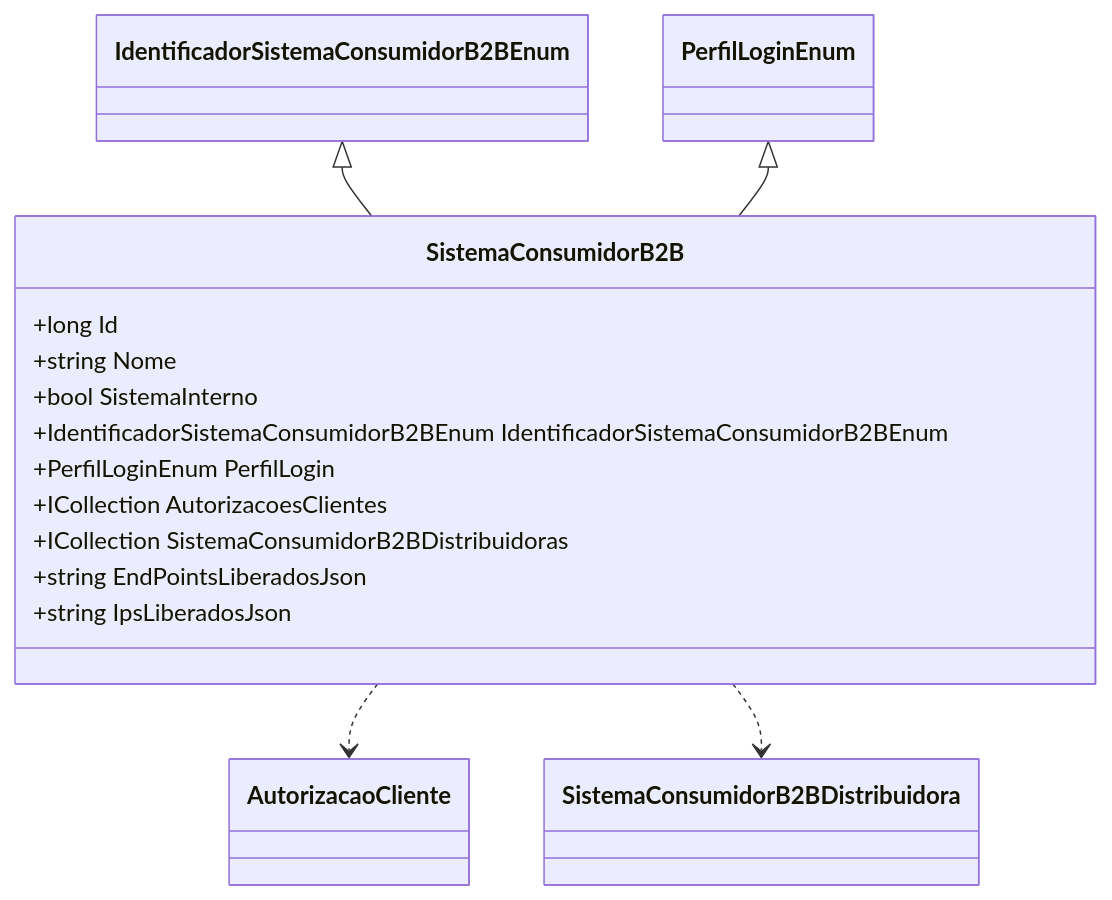
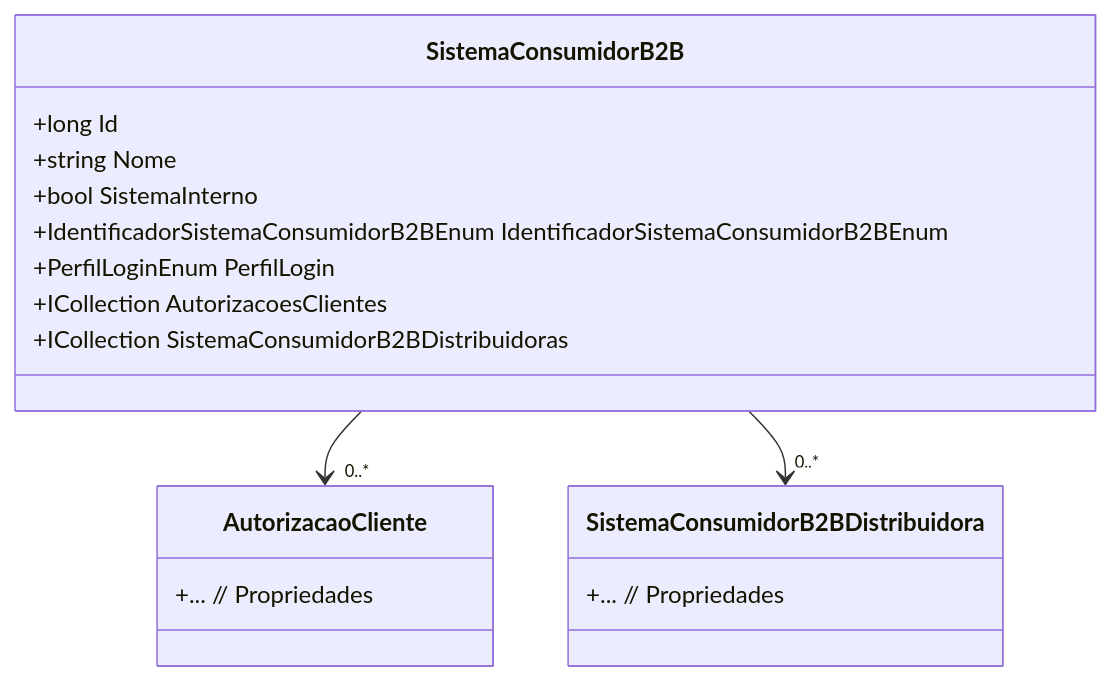
Before and after one commit to IsthmusSistemas/documentacao-tecnica: the third of 3 diagrams in docs/b2b-dominio/IsthmusWinthor.Nucleo/IsthmusWinthor.Dominio/Entidades/SistemaConsumidorB2B.md, drawn with Mermaid. The commit also changed other lines of this file and 882 other files, not shown here.

````diff
--- a/docs/b2b-dominio/IsthmusWinthor.Nucleo/IsthmusWinthor.Dominio/Entidades/SistemaConsumidorB2B.md
+++ b/docs/b2b-dominio/IsthmusWinthor.Nucleo/IsthmusWinthor.Dominio/Entidades/SistemaConsumidorB2B.md
@@ -72,19 +59,23 @@
 ```mermaid
 classDiagram
     class SistemaConsumidorB2B {
         +long Id
         +string Nome
         +bool SistemaInterno
         +IdentificadorSistemaConsumidorB2BEnum IdentificadorSistemaConsumidorB2BEnum
         +PerfilLoginEnum PerfilLogin
         +ICollection<AutorizacaoCliente> AutorizacoesClientes
         +ICollection<SistemaConsumidorB2BDistribuidora> SistemaConsumidorB2BDistribuidoras
-        +string EndPointsLiberadosJson
-        +string IpsLiberadosJson
     }
-
-    SistemaConsumidorB2B ..> AutorizacaoCliente
-    SistemaConsumidorB2B ..> SistemaConsumidorB2BDistribuidora
-    IdentificadorSistemaConsumidorB2BEnum <|-- SistemaConsumidorB2B
-    PerfilLoginEnum <|-- SistemaConsumidorB2B
+    
+    class AutorizacaoCliente {
+        +... // Propriedades
+    }
+    
+    class SistemaConsumidorB2BDistribuidora {
+        +... // Propriedades
+    }
+    
+    SistemaConsumidorB2B --> "0..*" AutorizacaoCliente
+    SistemaConsumidorB2B --> "0..*" SistemaConsumidorB2BDistribuidora
 ```
````
